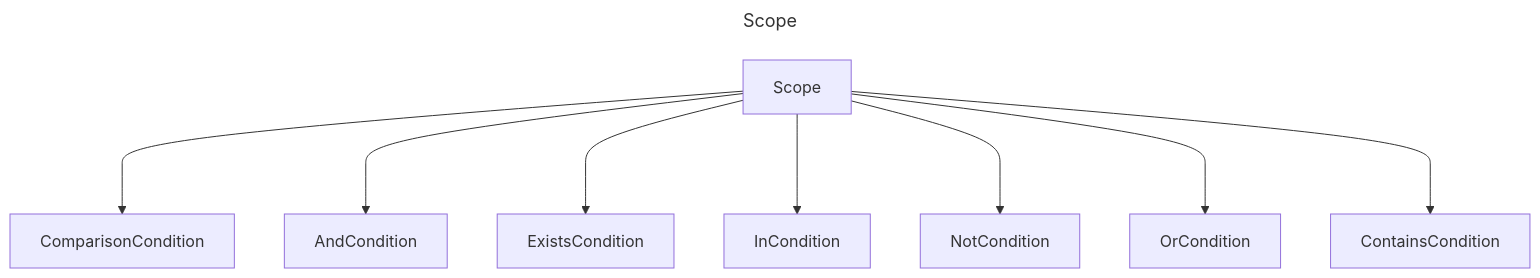
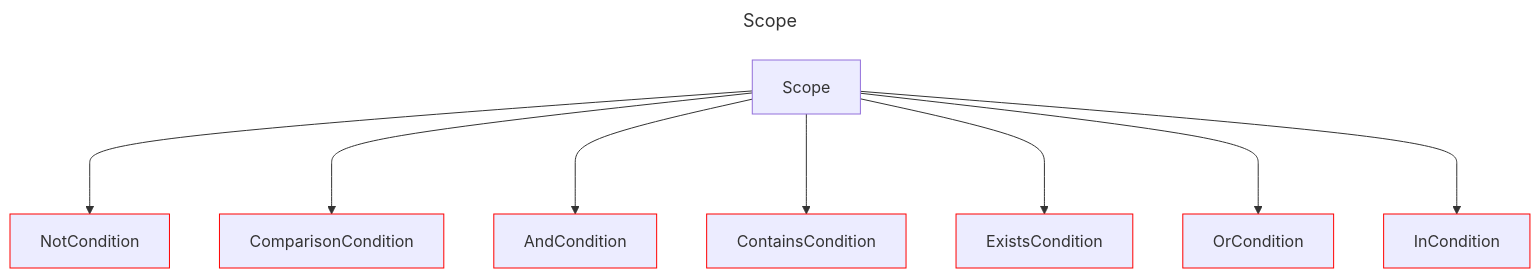
The diagram in docs/docs/layout/erd/Scope.md (douglassimonsen/pbi_core), drawn with Mermaid before and after one commit. The commit also changed 77 other files, not shown here.

Commit message:
Updated to color code the layout ERD

````diff
--- a/docs/docs/layout/erd/Scope.md
+++ b/docs/docs/layout/erd/Scope.md
@@ -1,21 +1,28 @@
 ```mermaid
 ---
 title: Scope
 ---
 graph 
-2721641843232["AndCondition"]
-2721642095040["ComparisonCondition"]
-2722076120176["Scope"]
-2721642083328["InCondition"]
-2721641850064["ExistsCondition"]
-2721642084304["NotCondition"]
-2721642068688["ContainsCondition"]
-2721641844208["OrCondition"]
-2722076120176 ---> 2721642095040
-2722076120176 ---> 2721641843232
-2722076120176 ---> 2721641850064
-2722076120176 ---> 2721642083328
-2722076120176 ---> 2721642084304
-2722076120176 ---> 2721641844208
-2722076120176 ---> 2721642068688
+2430071874368["ComparisonCondition"]
+style 2430071874368 stroke:#ff0000,stroke-width:1px
+2430071846064["ContainsCondition"]
+style 2430071846064 stroke:#ff0000,stroke-width:1px
+2430071879248["OrCondition"]
+style 2430071879248 stroke:#ff0000,stroke-width:1px
+2430071880224["NotCondition"]
+style 2430071880224 stroke:#ff0000,stroke-width:1px
+2430071960256["Scope"]
+2430071878272["ExistsCondition"]
+style 2430071878272 stroke:#ff0000,stroke-width:1px
+2430071854848["InCondition"]
+style 2430071854848 stroke:#ff0000,stroke-width:1px
+2430071876320["AndCondition"]
+style 2430071876320 stroke:#ff0000,stroke-width:1px
+2430071960256 ---> 2430071880224
+2430071960256 ---> 2430071874368
+2430071960256 ---> 2430071876320
+2430071960256 ---> 2430071846064
+2430071960256 ---> 2430071878272
+2430071960256 ---> 2430071879248
+2430071960256 ---> 2430071854848
 ```
````
